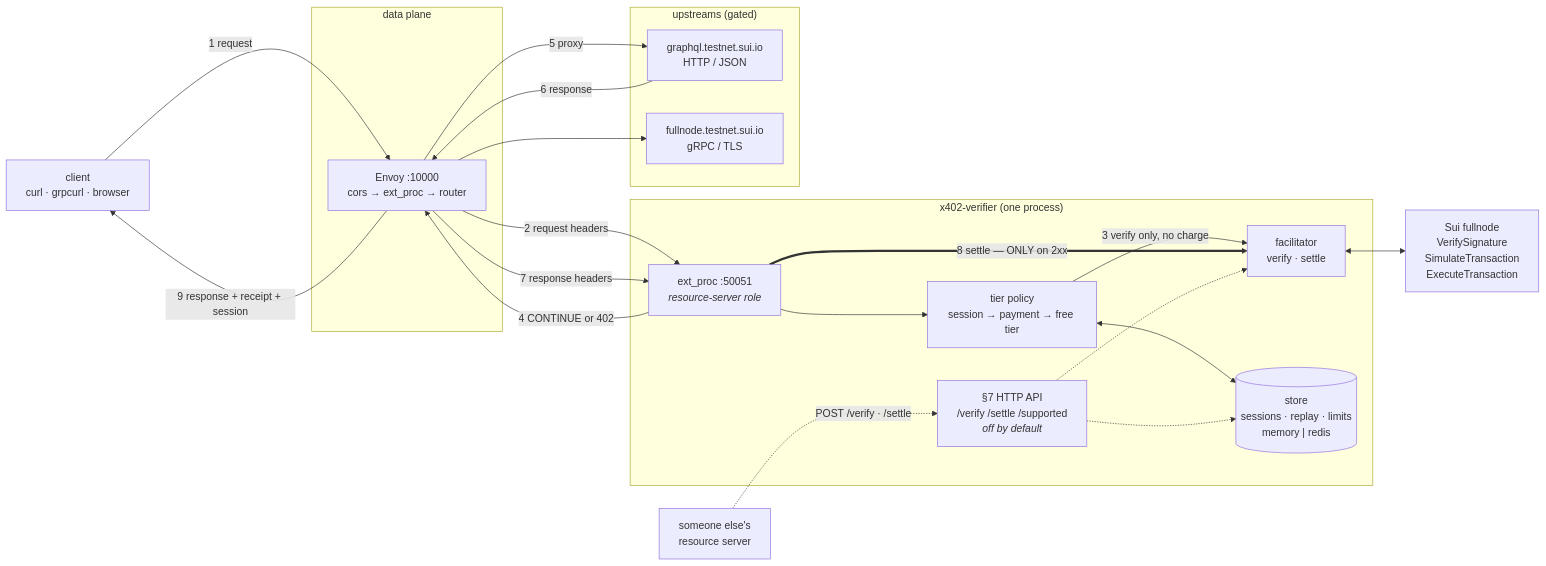
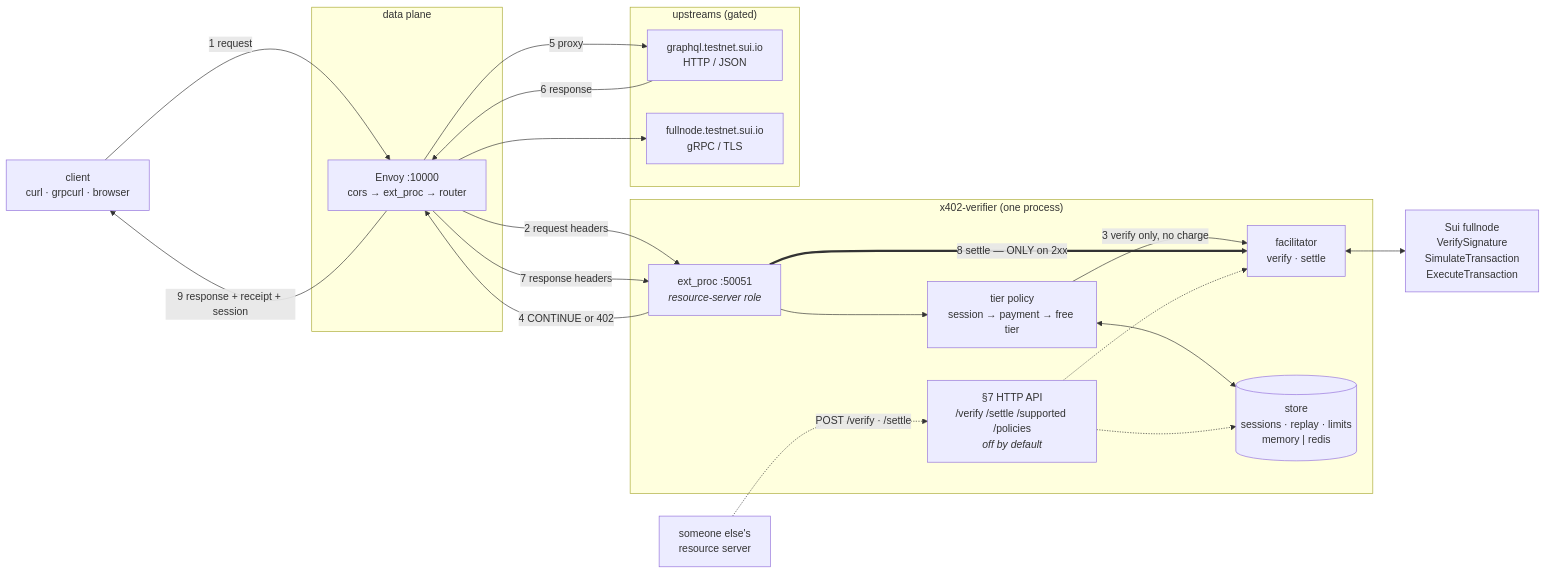
The first of 2 diagrams in README.md (0xfreak0/sui-x402-verifier), drawn with Mermaid before and after one commit. The commit also changed other lines of this file and 5 other files, not shown here.

````diff
--- a/README.md
+++ b/README.md
@@ -18,42 +18,42 @@
 ```mermaid
 flowchart LR
     client["client<br/>curl · grpcurl · browser"]
 
     subgraph dataplane["data plane"]
         envoy["Envoy :10000<br/>cors → ext_proc → router"]
     end
 
     subgraph verifier["x402-verifier (one process)"]
         extproc["ext_proc :50051<br/><i>resource-server role</i>"]
         policy["tier policy<br/>session → payment → free tier"]
         facil["facilitator<br/>verify · settle"]
-        api["§7 HTTP API<br/>/verify /settle /supported<br/><i>off by default</i>"]
+        api["§7 HTTP API<br/>/verify /settle /supported /policies<br/><i>off by default</i>"]
         store[("store<br/>sessions · replay · limits<br/>memory | redis")]
     end
 
     subgraph upstreams["upstreams (gated)"]
         graphql["graphql.testnet.sui.io<br/>HTTP / JSON"]
         grpc["fullnode.testnet.sui.io<br/>gRPC / TLS"]
     end
 
     chain["Sui fullnode<br/>VerifySignature<br/>SimulateTransaction<br/>ExecuteTransaction"]
     other["someone else's<br/>resource server"]
 
     client -->|"1 request"| envoy
     envoy -->|"2 request headers"| extproc
     extproc --> policy
     policy <--> store
     policy -->|"3 verify only, no charge"| facil
     facil <--> chain
     extproc -->|"4 CONTINUE or 402"| envoy
     envoy -->|"5 proxy"| graphql
     envoy --> grpc
     graphql -->|"6 response"| envoy
     envoy -->|"7 response headers"| extproc
     extproc ==>|"8 settle — ONLY on 2xx"| facil
     envoy -->|"9 response + receipt + session"| client
 
     other -.->|"POST /verify · /settle"| api
     api -.-> facil
     api -.-> store
 ```
````
